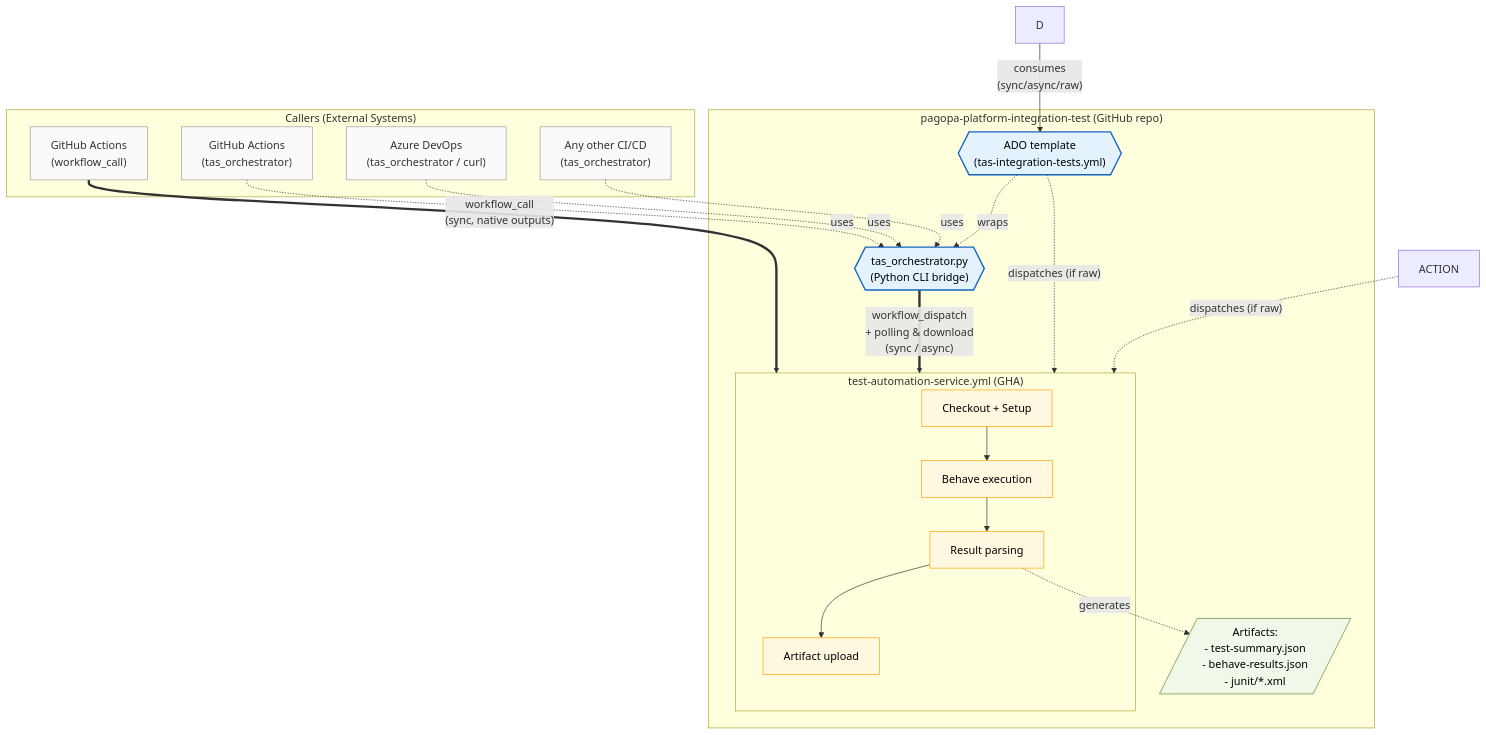
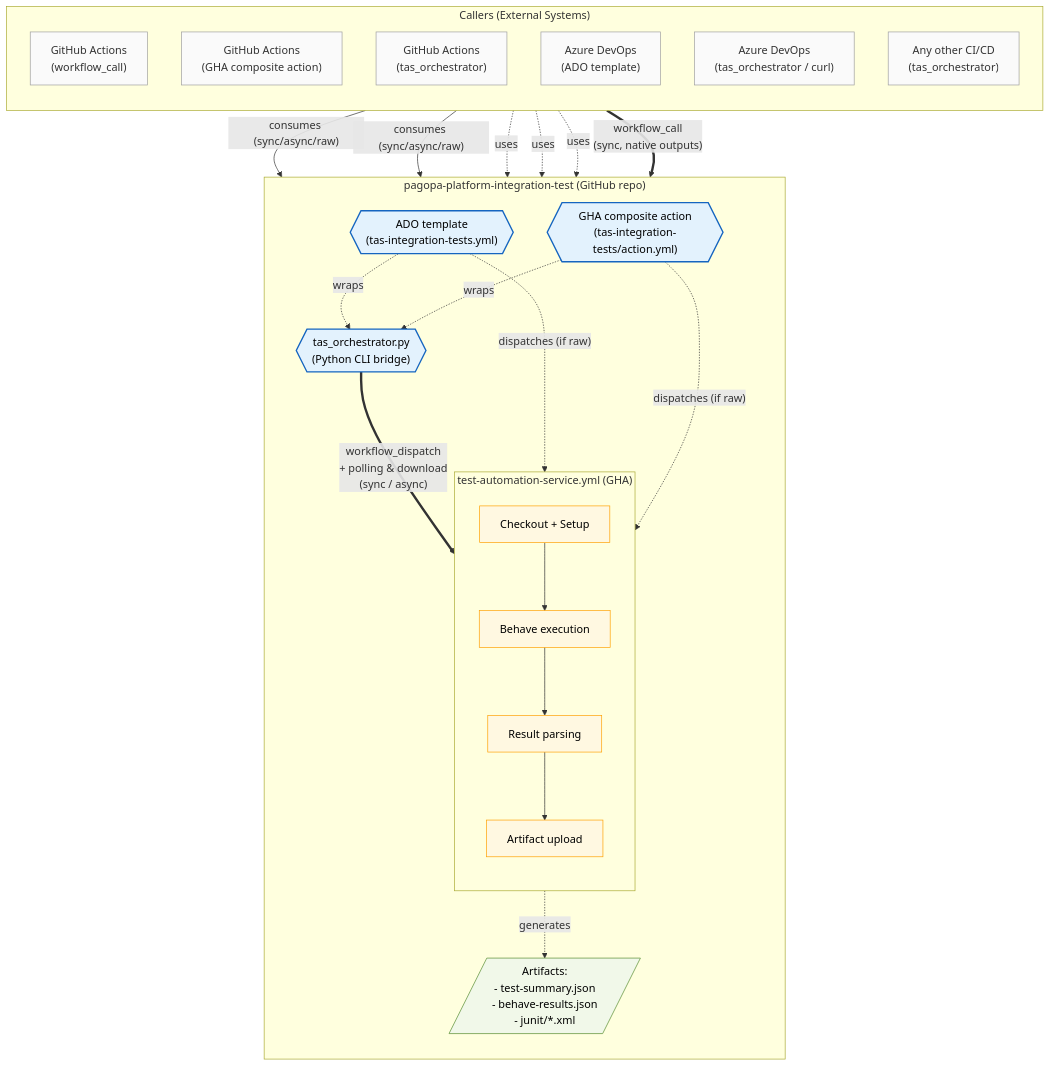
One commit to pagopa/pagopa-platform-integration-test changed the diagram in docs/tas/tas-architecture.md. Above: the diagram before and after it, drawn with Mermaid. The commit also changed other lines of this file and 1 other file, not shown here.

Commit message:
[PQ-456] TAS - update documentation

````diff
--- a/docs/tas/tas-architecture.md
+++ b/docs/tas/tas-architecture.md
@@ -17,46 +17,56 @@
 ```mermaid
-flowchart TD
-%% Impostazioni di stile per migliorare la leggibilità
-  classDef caller fill:#fafafa,stroke:#9e9e9e,stroke-width:1px,color:#333
+flowchart TB
+%% Stile per migliorare la leggibilità
+  classDef caller  fill:#fafafa,stroke:#9e9e9e,stroke-width:1px,color:#333
   classDef gateway fill:#e3f2fd,stroke:#1565c0,stroke-width:2px,color:#000
-  classDef work fill:#fff8e1,stroke:#ffa000,stroke-width:1px,color:#000
-  classDef art fill:#f1f8e9,stroke:#558b2f,stroke-width:1px,color:#000
+  classDef work    fill:#fff8e1,stroke:#ffa000,stroke-width:1px,color:#000
+  classDef art     fill:#f1f8e9,stroke:#558b2f,stroke-width:1px,color:#000
 
   subgraph CALLERS["Callers (External Systems)"]
+    direction TB
     A["GitHub Actions<br/>(workflow_call)"]:::caller
+    GHA_TPL["GitHub Actions<br/>(GHA composite action)"]:::caller
     B["GitHub Actions<br/>(tas_orchestrator)"]:::caller
+    D["Azure DevOps<br/>(ADO template)"]:::caller
     C["Azure DevOps<br/>(tas_orchestrator / curl)"]:::caller
     E["Any other CI/CD<br/>(tas_orchestrator)"]:::caller
   end
 
   subgraph TAS["pagopa-platform-integration-test (GitHub repo)"]
+    direction TB
     TEMPLATE{{"ADO template<br/>(tas-integration-tests.yml)"}}:::gateway
+    ACTION{{"GHA composite action<br/>(tas-integration-tests/action.yml)"}}:::gateway
     SCRIPT{{"tas_orchestrator.py<br/>(Python CLI bridge)"}}:::gateway
 
     subgraph WORKFLOW["test-automation-service.yml (GHA)"]
+      direction TB
       W1["Checkout + Setup"]:::work
       W2["Behave execution"]:::work
       W3["Result parsing"]:::work
       W4["Artifact upload"]:::work
 
       W1 --> W2 --> W3 --> W4
     end
 
     RESULTS[/"Artifacts:<br/>- test-summary.json<br/>- behave-results.json<br/>- junit/*.xml"/]:::art
 
     W3 -. "generates" .-> RESULTS
   end
 
-%% Connessioni dai Callers ai Gateway
-  D -- "consumes<br/>(sync/async/raw)" --> TEMPLATE
+%% Callers → Gateways
+  D       -- "consumes (sync/async/raw)" --> TEMPLATE
+  GHA_TPL -- "consumes (sync/async/raw)" --> ACTION
   B -. "uses" .-> SCRIPT
   C -. "uses" .-> SCRIPT
   E -. "uses" .-> SCRIPT
+
+%% Gateways wrap script
   TEMPLATE -. "wraps" .-> SCRIPT
+  ACTION   -. "wraps" .-> SCRIPT
 
-%% Connessioni verso il Workflow
-  A == "workflow_call<br/>(sync, native outputs)" ==> WORKFLOW
-  SCRIPT == "workflow_dispatch<br/>+ polling & download<br/>(sync / async)" ==> WORKFLOW
+%% Callers / Gateways → Workflow
+  A        == "workflow_call<br/>(sync, native outputs)"           ==> WORKFLOW
+  SCRIPT   == "workflow_dispatch<br/>+ polling & download<br/>(sync / async)" ==> WORKFLOW
   TEMPLATE -. "dispatches (if raw)" .-> WORKFLOW
-  ACTION  -. "dispatches (if raw)" .-> WORKFLOW
+  ACTION   -. "dispatches (if raw)" .-> WORKFLOW
 ```
````
